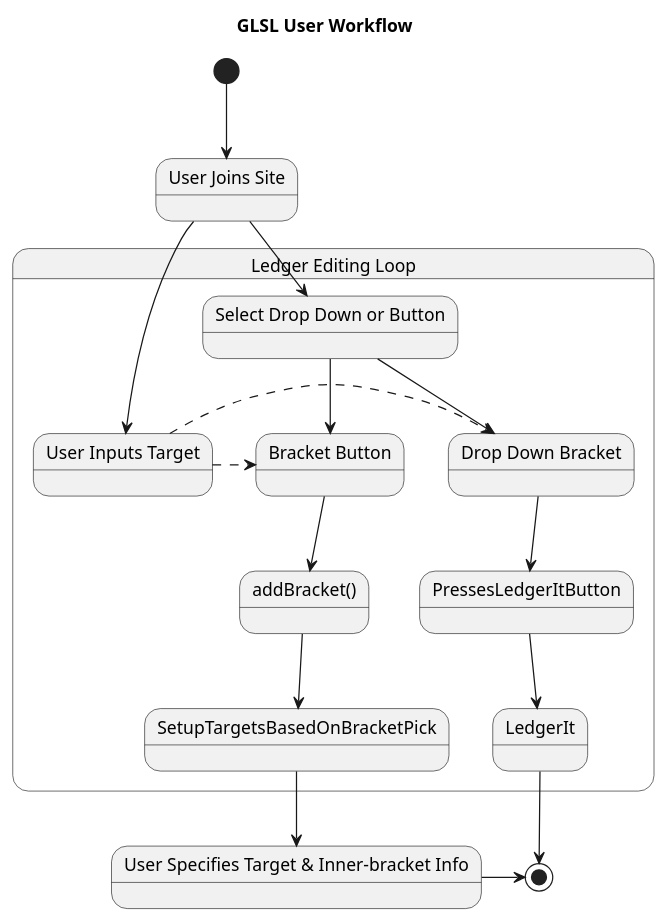
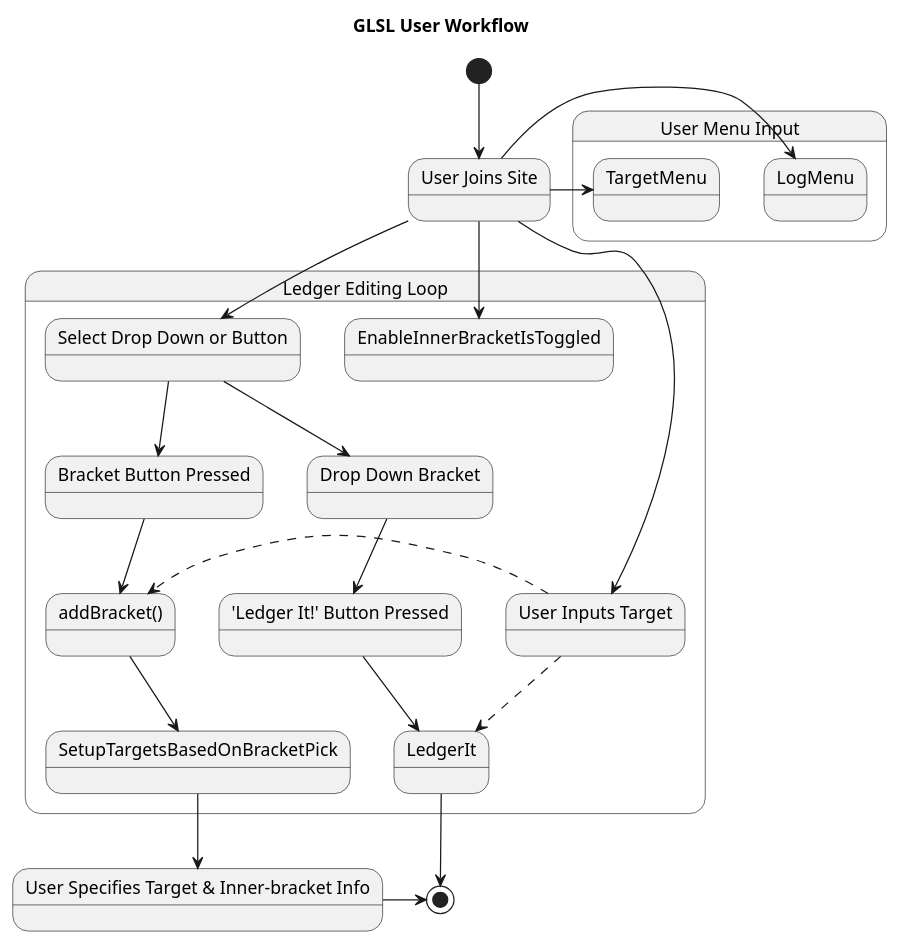
Before and after one commit to ActuallyFro/Grevnyrch: the diagram in 02_GLSL/01_Design-Docs/UX-Workflow.adoc, drawn with PlantUML.

Commit message:
{02_GLSL/GLSL.js} Expanding scope

```diff
--- a/02_GLSL/01_Design-Docs/UX-Workflow.adoc
+++ b/02_GLSL/01_Design-Docs/UX-Workflow.adoc
@@ -8,59 +8,68 @@
 [plantuml, target=diagram-classes, format=png]
 ....
 @startuml
 Title GLSL User Workflow
 
 State "User Joins Site" as  UserJoins
 State "User Specifies Target & Inner-bracket Info" as UserSpecifiesTargetAndInnerBracketInfo
 
 
 [*] -down-> UserJoins
 
 
 State "Ledger Editing Loop" as LedgerLoop {
   UserJoins -down-> SelectDropDownOrButton
   UserJoins -down-> TargetIsInputted
+  UserJoins -down-> EnableInnerBracketIsToggled
 
   State "Select Drop Down or Button" as SelectDropDownOrButton
-  State "Bracket Button" as BracketButton
+  State "Bracket Button Pressed" as BracketButton
   State "Drop Down Bracket" as DropDownBracket 
   State "addBracket()" as addBracket
+  State "'Ledger It!' Button Pressed" as PressesLedgerItButton
   
   State "User Inputs Target" as TargetIsInputted
   
   
 
 
   SelectDropDownOrButton -down-> DropDownBracket
   SelectDropDownOrButton -down-> BracketButton
   BracketButton --> addBracket
 
-  TargetIsInputted -[dashed]> BracketButton
-  TargetIsInputted -[dashed]> DropDownBracket
+  TargetIsInputted -[dashed]> addBracket
+  TargetIsInputted -[dashed]> LedgerIt
 
   DropDownBracket --> PressesLedgerItButton
 
   PressesLedgerItButton -down-> LedgerIt
   
   addBracket --> SetupTargetsBasedOnBracketPick
   SetupTargetsBasedOnBracketPick --> UserSpecifiesTargetAndInnerBracketInfo
+
+}
+
+State "User Menu Input" as UserMenuInput {
+
+  UserJoins -> TargetMenu
+  UserJoins -> LogMenu
 
 }
 
 
 LedgerIt -down-> [*]
 
 UserSpecifiesTargetAndInnerBracketInfo -down> [*]
 @enduml
 
 
 ' =======================================
 ' note left of UserJoins : Single line note
 ' note right of SelectDropDownOrButton
 '    Notes can also 
 '    take up multiple
 '    lines like this
 'end note
 
 'UserJoins -right-> SelectDropDownOrButton
 ....
```
